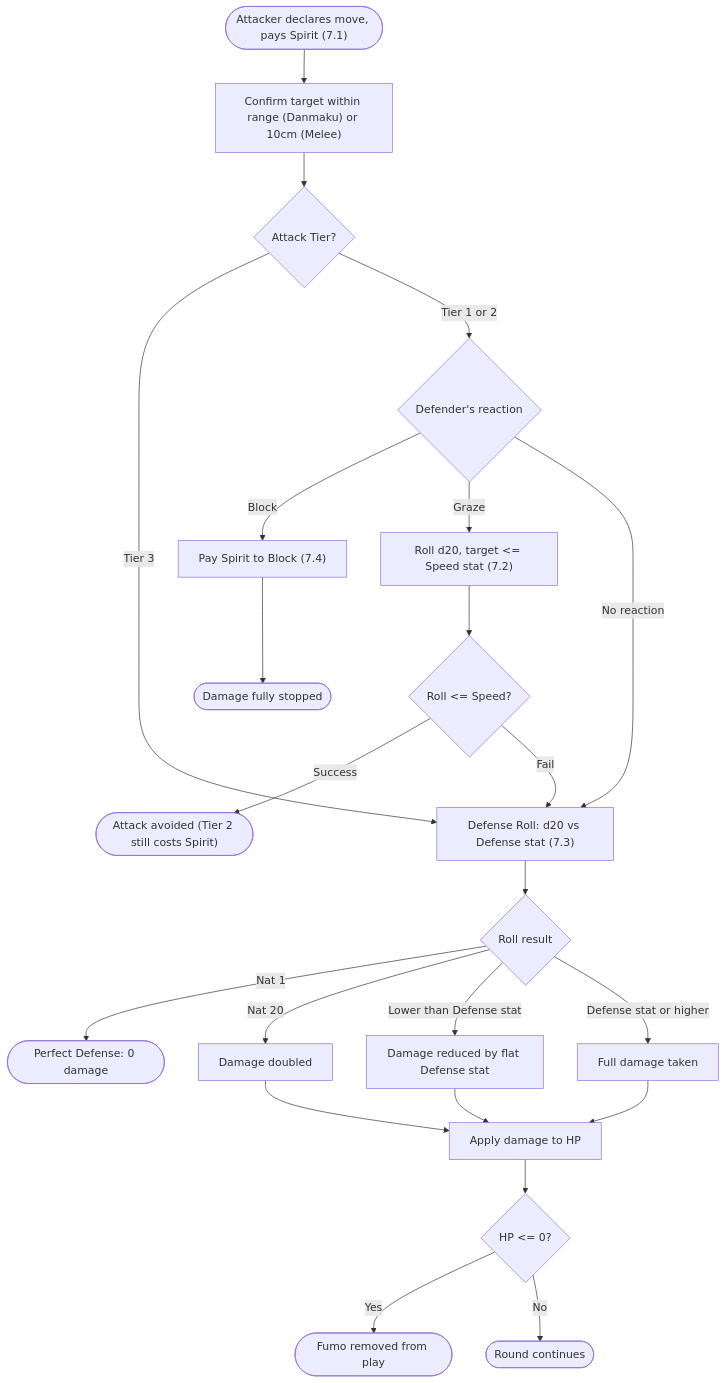
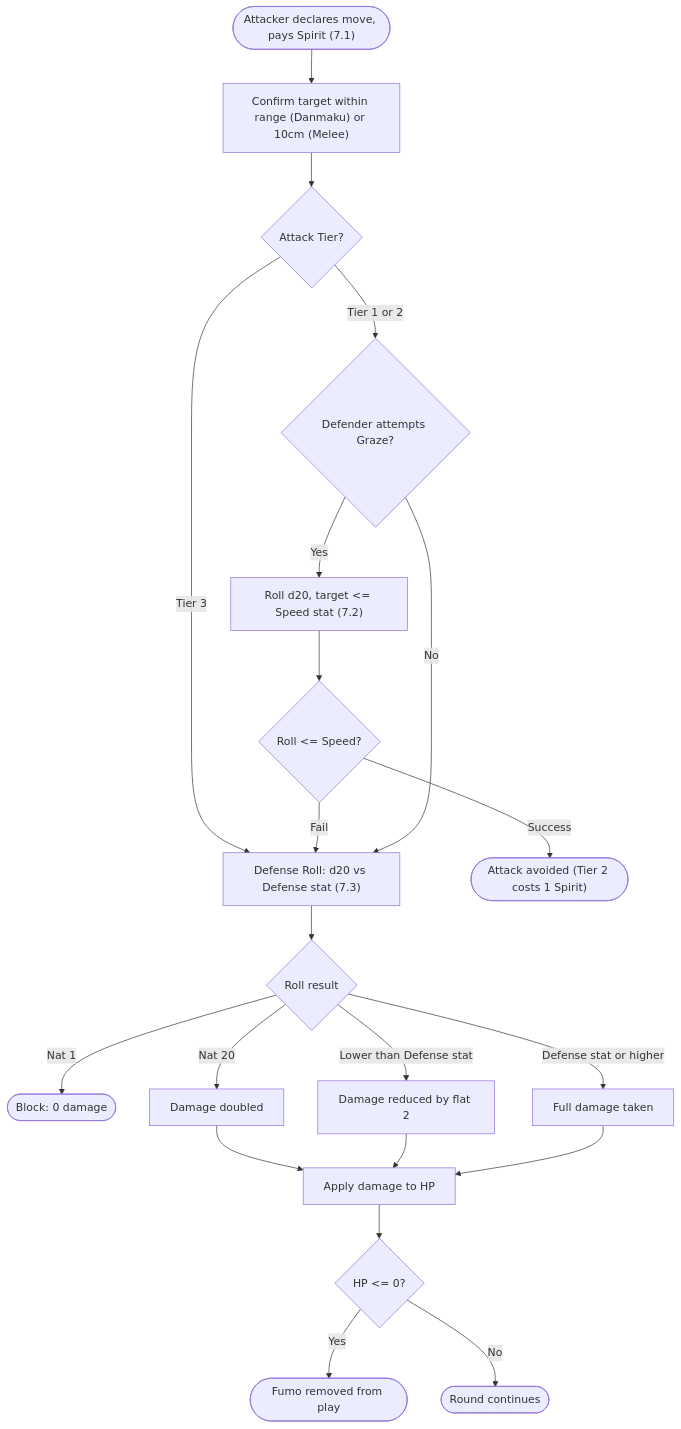
The second of 2 diagrams in README.md (yumenegi/fumohammer), drawn with Mermaid before and after one commit. The commit also changed other lines of this file and 1 other file, not shown here.

````diff
--- a/README.md
+++ b/README.md
@@ -447,25 +447,23 @@
 ```mermaid
 flowchart TD
     A(["Attacker declares move, pays Spirit (7.1)"]) --> B["Confirm target within range (Danmaku) or 10cm (Melee)"]
     B --> C{"Attack Tier?"}
     C -->|"Tier 3"| G["Defense Roll: d20 vs Defense stat (7.3)"]
-    C -->|"Tier 1 or 2"| D{"Defender's reaction"}
-    D -->|"Block"| E["Pay Spirit to Block (7.4)"]
-    E --> F(["Damage fully stopped"])
-    D -->|"Graze"| H["Roll d20, target <= Speed stat (7.2)"]
+    C -->|"Tier 1 or 2"| D{"Defender attempts Graze?"}
+    D -->|"Yes"| H["Roll d20, target <= Speed stat (7.2)"]
     H --> I{"Roll <= Speed?"}
-    I -->|"Success"| J(["Attack avoided (Tier 2 still costs Spirit)"])
+    I -->|"Success"| J(["Attack avoided (Tier 2 costs 1 Spirit)"])
     I -->|"Fail"| G
-    D -->|"No reaction"| G
+    D -->|"No"| G
     G --> K{"Roll result"}
-    K -->|"Nat 1"| L(["Perfect Defense: 0 damage"])
+    K -->|"Nat 1"| L(["Block: 0 damage"])
     K -->|"Nat 20"| M["Damage doubled"]
     M --> P["Apply damage to HP"]
-    K -->|"Lower than Defense stat"| N["Damage reduced by flat Defense stat"]
+    K -->|"Lower than Defense stat"| N["Damage reduced by flat 2"]
     N --> P
     K -->|"Defense stat or higher"| O["Full damage taken"]
     O --> P
     P --> Q{"HP <= 0?"}
     Q -->|"Yes"| R(["Fumo removed from play"])
     Q -->|"No"| S(["Round continues"])
 ```
````
